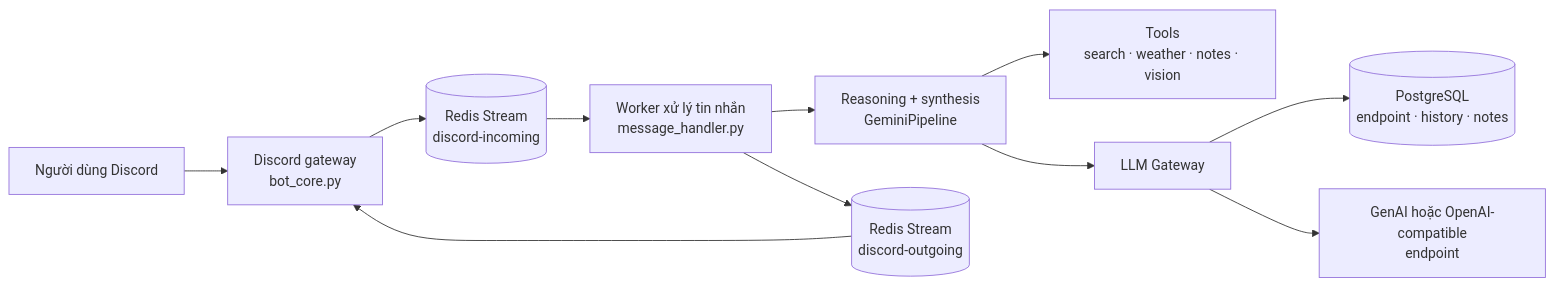
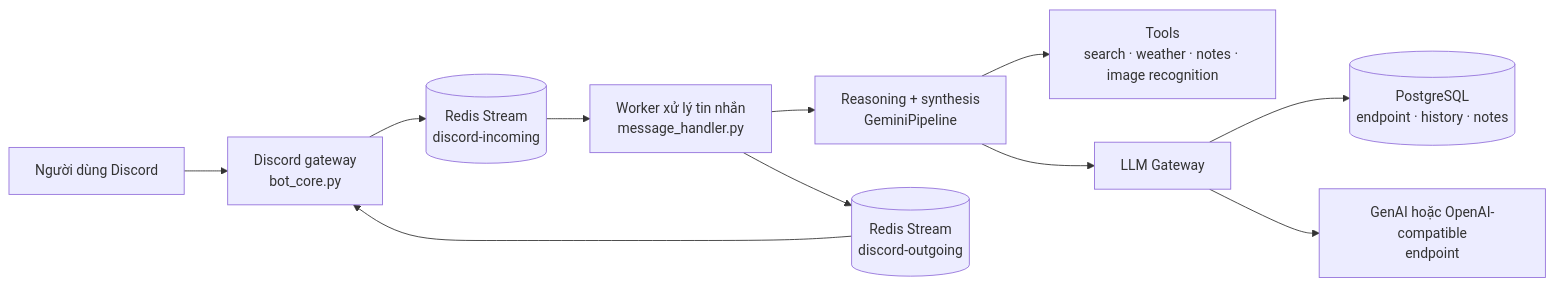
The diagram in README.vi.md (azizu1012/Gemini-Bot-Discord), drawn with Mermaid before and after one commit. The commit also changed other lines of this file and 16 other files, not shown here.

````diff
--- a/README.vi.md
+++ b/README.vi.md
@@ -51,13 +51,13 @@
 ```mermaid
 flowchart LR
     U[Người dùng Discord] --> G[Discord gateway<br/>bot_core.py]
     G --> I[(Redis Stream<br/>discord-incoming)]
     I --> W[Worker xử lý tin nhắn<br/>message_handler.py]
     W --> P[Reasoning + synthesis<br/>GeminiPipeline]
-    P --> T[Tools<br/>search · weather · notes · vision]
+    P --> T[Tools<br/>search · weather · notes · image recognition]
     P --> L[LLM Gateway]
     L --> E[(PostgreSQL<br/>endpoint · history · notes)]
     L --> R[GenAI hoặc OpenAI-compatible<br/>endpoint]
     W --> O[(Redis Stream<br/>discord-outgoing)]
     O --> G
 ```
````
